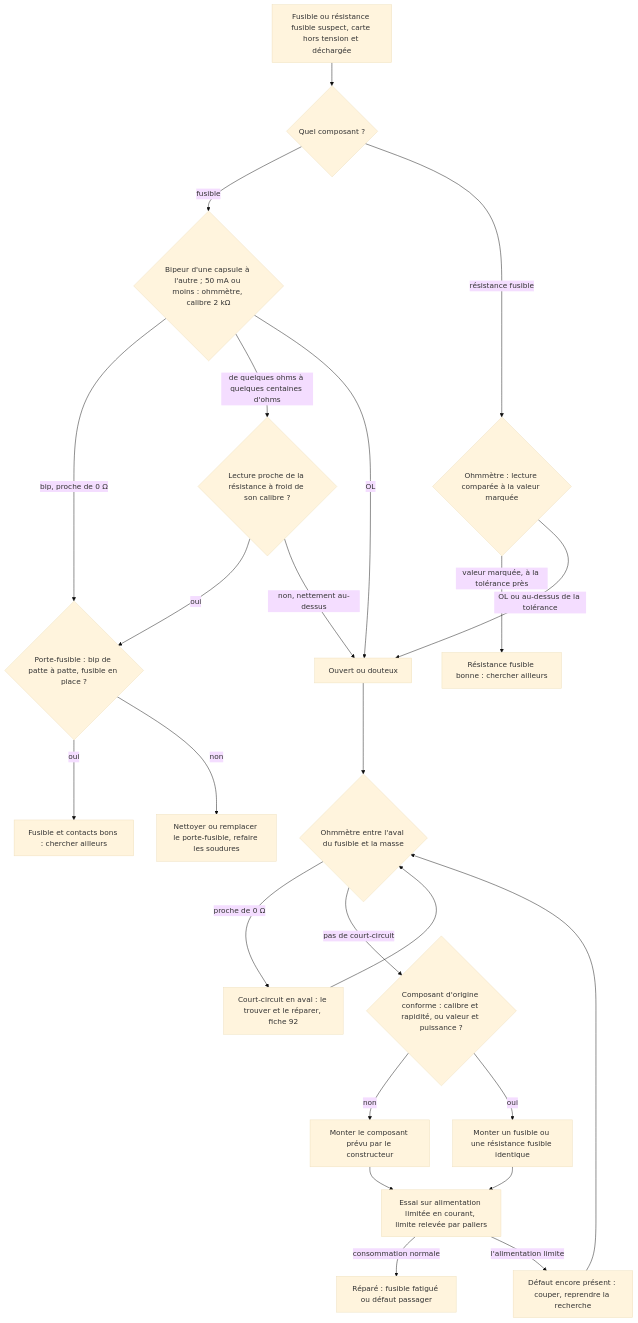
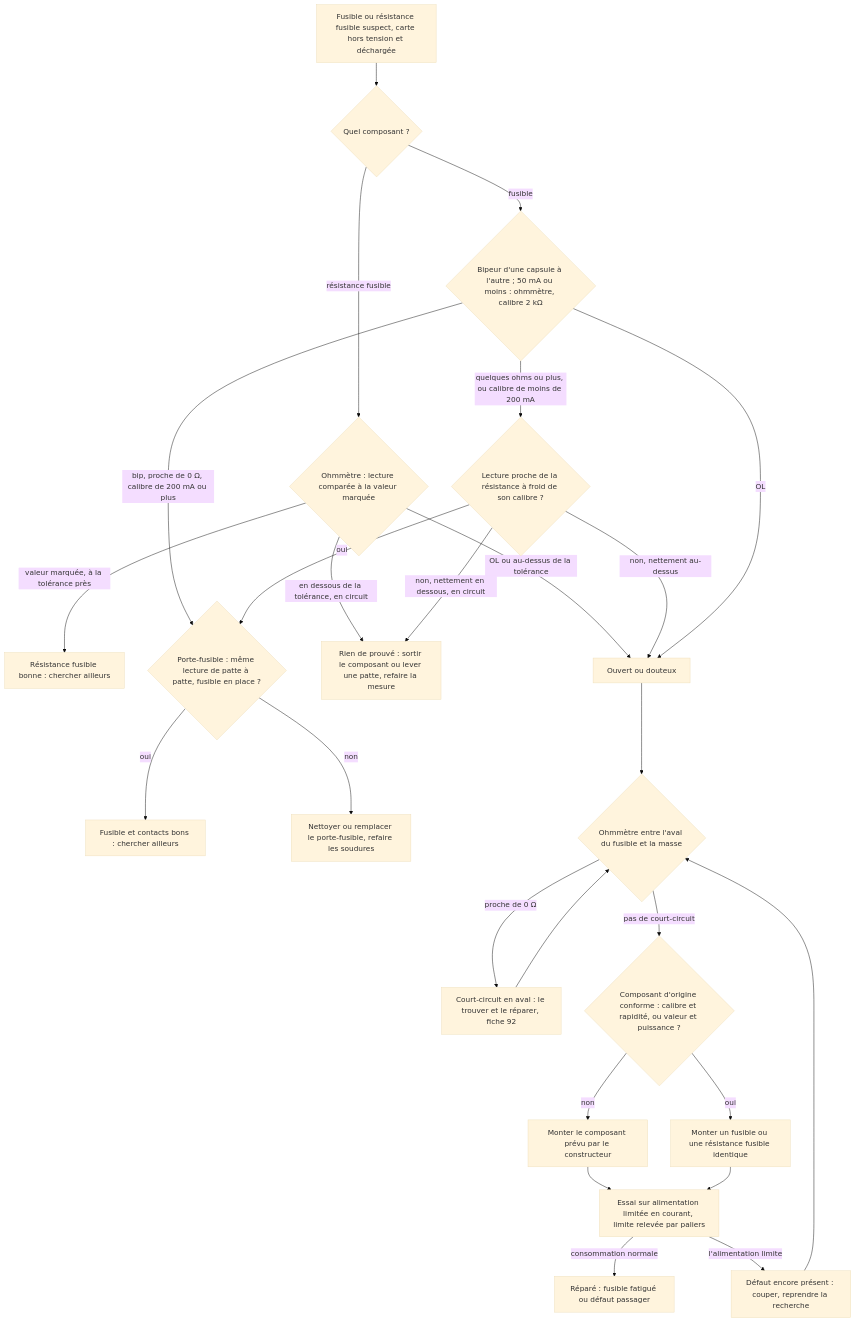
One commit to benoit-bremaud/ohm-sweet-ohm changed the diagram in troubleshooting/13_fusible/README.md. Above: the diagram before and after it, drawn with Mermaid (base theme). The commit also changed other lines of this file and 3 other files, not shown here.

````diff
--- a/troubleshooting/13_fusible/README.md
+++ b/troubleshooting/13_fusible/README.md
@@ -183,26 +184,28 @@
 ```mermaid
 flowchart TD
   A[Fusible ou résistance fusible suspect, carte hors tension et déchargée] --> T{Quel composant ?}
   T -- fusible --> B{Bipeur d'une capsule à l'autre ; 50 mA ou moins : ohmmètre, calibre 2 kΩ}
   T -- résistance fusible --> U{Ohmmètre : lecture comparée à la valeur marquée}
   U -- valeur marquée, à la tolérance près --> V[Résistance fusible bonne : chercher ailleurs]
   U -- OL ou au-dessus de la tolérance --> G
-  B -- bip, proche de 0 Ω --> C{Porte-fusible : bip de patte à patte, fusible en place ?}
+  U -- en dessous de la tolérance, en circuit --> P
+  B -- bip, proche de 0 Ω, calibre de 200 mA ou plus --> C{Porte-fusible : même lecture de patte à patte, fusible en place ?}
   C -- oui --> D[Fusible et contacts bons : chercher ailleurs]
   C -- non --> E[Nettoyer ou remplacer le porte-fusible, refaire les soudures]
-  B -- de quelques ohms à quelques centaines d'ohms --> F{Lecture proche de la résistance à froid de son calibre ?}
+  B -- quelques ohms ou plus, ou calibre de moins de 200 mA --> F{Lecture proche de la résistance à froid de son calibre ?}
   F -- oui --> C
   F -- non, nettement au-dessus --> G[Ouvert ou douteux]
+  F -- non, nettement en dessous, en circuit --> P[Rien de prouvé : sortir le composant ou lever une patte, refaire la mesure]
   B -- OL --> G
   G --> H{Ohmmètre entre l'aval du fusible et la masse}
   H -- proche de 0 Ω --> I[Court-circuit en aval : le trouver et le réparer, fiche 92]
   I --> H
   H -- pas de court-circuit --> J{Composant d'origine conforme : calibre et rapidité, ou valeur et puissance ?}
   J -- non --> K[Monter le composant prévu par le constructeur]
   J -- oui --> L[Monter un fusible ou une résistance fusible identique]
   K --> M[Essai sur alimentation limitée en courant, limite relevée par paliers]
   L --> M
   M -- consommation normale --> N[Réparé : fusible fatigué ou défaut passager]
   M -- l'alimentation limite --> O[Défaut encore présent : couper, reprendre la recherche]
   O --> H
 ```
````
